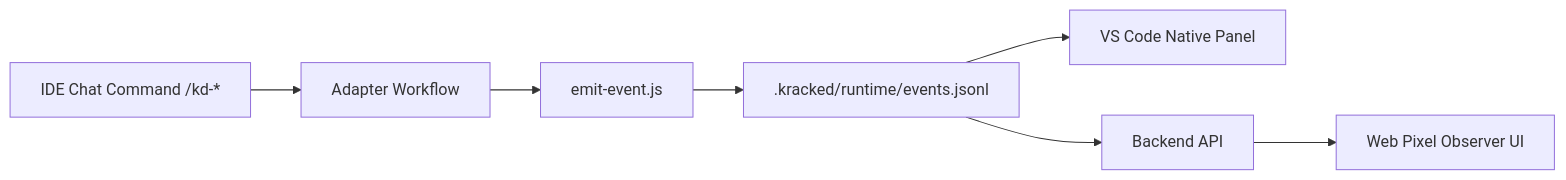
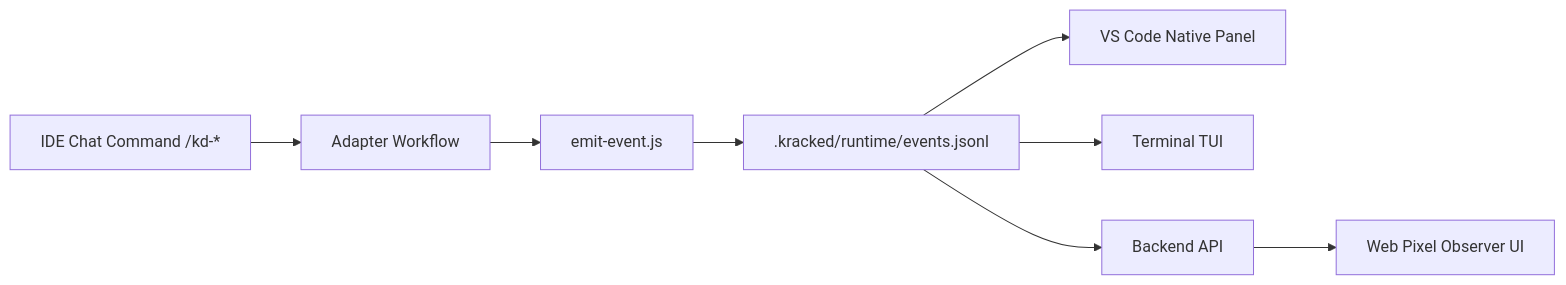
The diagram in README.md (MoonWIRaja/Kracked_Skills_Agent), drawn with Mermaid before and after one commit. The commit also changed other lines of this file and 11 other files, not shown here.

````diff
--- a/README.md
+++ b/README.md
@@ -153,9 +181,10 @@
 ```mermaid
 flowchart LR
   A[IDE Chat Command /kd-*] --> B[Adapter Workflow]
   B --> C[emit-event.js]
   C --> D[.kracked/runtime/events.jsonl]
   D --> E[VS Code Native Panel]
+  D --> H[Terminal TUI]
   D --> F[Backend API]
   F --> G[Web Pixel Observer UI]
 ```
````
